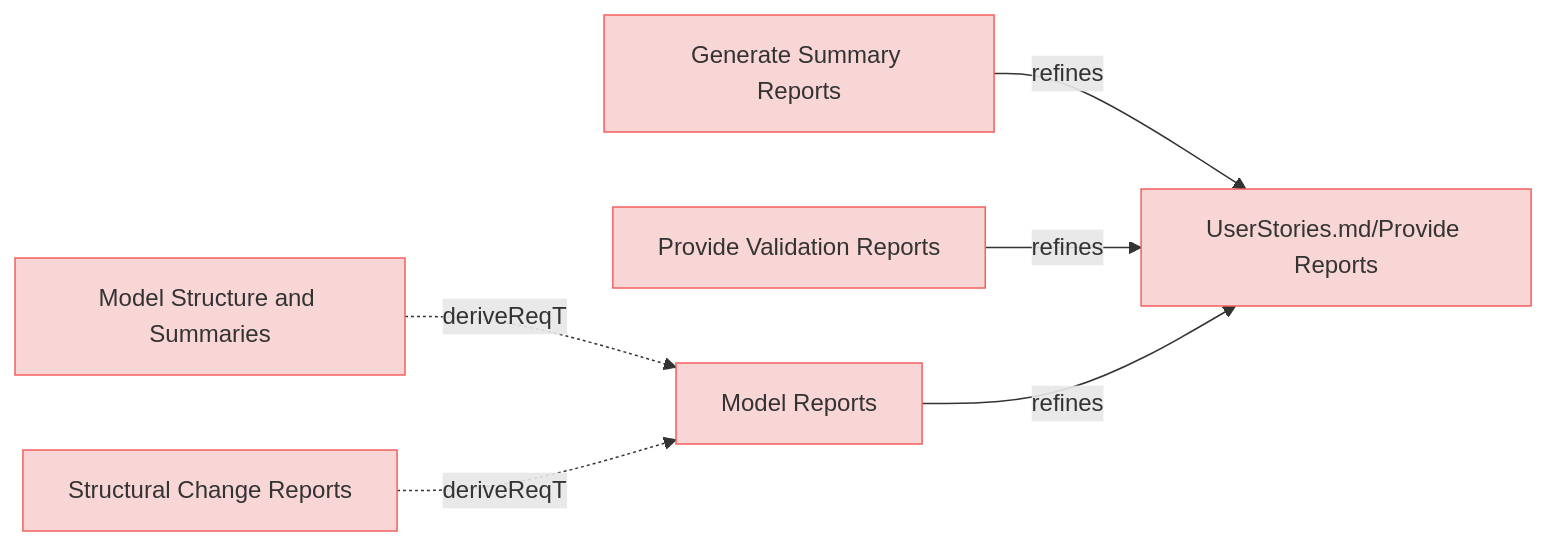
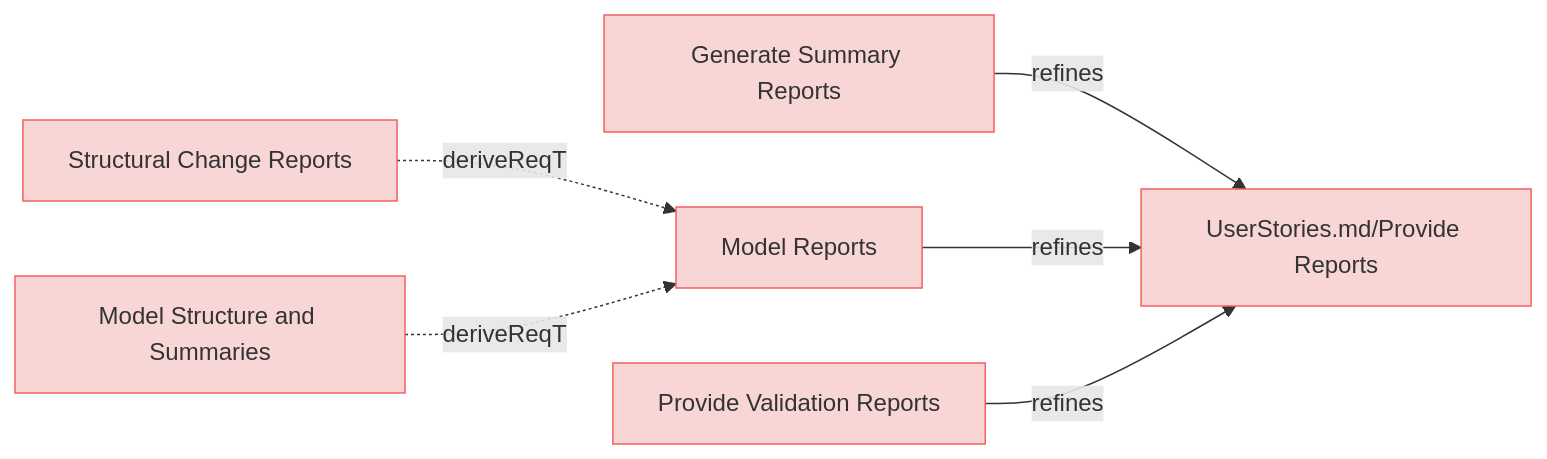
Before and after one commit to reqvire-org/reqvire: the fifth of 9 diagrams in specifications/UserRequirements.md, drawn with Mermaid. The commit also changed other lines of this file and 21 other files, not shown here.

````diff
--- a/specifications/UserRequirements.md
+++ b/specifications/UserRequirements.md
@@ -369,32 +369,32 @@
 ```mermaid
 graph LR;
   %% Graph styling
   classDef requirement fill:#f9d6d6,stroke:#f55f5f,stroke-width:1px;
   classDef verification fill:#d6f9d6,stroke:#5fd75f,stroke-width:1px;
   classDef externalLink fill:#d0e0ff,stroke:#3080ff,stroke-width:1px;
   classDef default fill:#f5f5f5,stroke:#333333,stroke-width:1px;
 
-  30313c48ad55b65e["Generate Summary Reports"];
-  click 30313c48ad55b65e "https://github.com/ilijaljubicic/Reqvire/blob/8a68ca1eab81bac7964085e47777a0a92447c6a5/specifications/UserRequirements.md#generate-summary-reports";
-  class 30313c48ad55b65e requirement;
-  69208127f6580b16["UserStories.md/Provide Reports"];
-  class 69208127f6580b16 requirement;
-  click 69208127f6580b16 "https://github.com/ilijaljubicic/Reqvire/blob/8a68ca1eab81bac7964085e47777a0a92447c6a5/specifications/UserStories.md#provide-reports";
-  30313c48ad55b65e -->|refines| 69208127f6580b16;
-  9774a66acb48024c["Model Structure and Summaries"];
-  click 9774a66acb48024c "https://github.com/ilijaljubicic/Reqvire/blob/8a68ca1eab81bac7964085e47777a0a92447c6a5/specifications/UserRequirements.md#model-structure-and-summaries";
-  class 9774a66acb48024c requirement;
-  b7cb385d30a22dd2["Model Reports"];
-  class b7cb385d30a22dd2 requirement;
-  click b7cb385d30a22dd2 "https://github.com/ilijaljubicic/Reqvire/blob/8a68ca1eab81bac7964085e47777a0a92447c6a5/specifications/UserRequirements.md#model-reports";
-  9774a66acb48024c -.->|deriveReqT| b7cb385d30a22dd2;
-  e1f6859d4a4ea65b["Provide Validation Reports"];
-  click e1f6859d4a4ea65b "https://github.com/ilijaljubicic/Reqvire/blob/8a68ca1eab81bac7964085e47777a0a92447c6a5/specifications/UserRequirements.md#provide-validation-reports";
-  class e1f6859d4a4ea65b requirement;
-  e1f6859d4a4ea65b -->|refines| 69208127f6580b16;
-  a0dc2f1f06233058["Structural Change Reports"];
-  click a0dc2f1f06233058 "https://github.com/ilijaljubicic/Reqvire/blob/8a68ca1eab81bac7964085e47777a0a92447c6a5/specifications/UserRequirements.md#structural-change-reports";
-  class a0dc2f1f06233058 requirement;
-  a0dc2f1f06233058 -.->|deriveReqT| b7cb385d30a22dd2;
-  b7cb385d30a22dd2 -->|refines| 69208127f6580b16;
+  db41436c9a771e21["Generate Summary Reports"];
+  click db41436c9a771e21 "https://github.com/Reqvire/reqvire/blob/f18e52f9f88c64f67a79abc4e93eb74b3ec22615/specifications/UserRequirements.md#generate-summary-reports";
+  class db41436c9a771e21 requirement;
+  9cb6618c17d19a11["UserStories.md/Provide Reports"];
+  class 9cb6618c17d19a11 requirement;
+  click 9cb6618c17d19a11 "https://github.com/Reqvire/reqvire/blob/f18e52f9f88c64f67a79abc4e93eb74b3ec22615/specifications/UserStories.md#provide-reports";
+  db41436c9a771e21 -->|refines| 9cb6618c17d19a11;
+  6572e9cc4d78415a["Structural Change Reports"];
+  click 6572e9cc4d78415a "https://github.com/Reqvire/reqvire/blob/f18e52f9f88c64f67a79abc4e93eb74b3ec22615/specifications/UserRequirements.md#structural-change-reports";
+  class 6572e9cc4d78415a requirement;
+  98d3f01fb666c41f["Model Reports"];
+  class 98d3f01fb666c41f requirement;
+  click 98d3f01fb666c41f "https://github.com/Reqvire/reqvire/blob/f18e52f9f88c64f67a79abc4e93eb74b3ec22615/specifications/UserRequirements.md#model-reports";
+  6572e9cc4d78415a -.->|deriveReqT| 98d3f01fb666c41f;
+  98d3f01fb666c41f -->|refines| 9cb6618c17d19a11;
+  2d3cfde19fc6bb79["Provide Validation Reports"];
+  click 2d3cfde19fc6bb79 "https://github.com/Reqvire/reqvire/blob/f18e52f9f88c64f67a79abc4e93eb74b3ec22615/specifications/UserRequirements.md#provide-validation-reports";
+  class 2d3cfde19fc6bb79 requirement;
+  2d3cfde19fc6bb79 -->|refines| 9cb6618c17d19a11;
+  40de7485b25294["Model Structure and Summaries"];
+  click 40de7485b25294 "https://github.com/Reqvire/reqvire/blob/f18e52f9f88c64f67a79abc4e93eb74b3ec22615/specifications/UserRequirements.md#model-structure-and-summaries";
+  class 40de7485b25294 requirement;
+  40de7485b25294 -.->|deriveReqT| 98d3f01fb666c41f;
 ```
````
